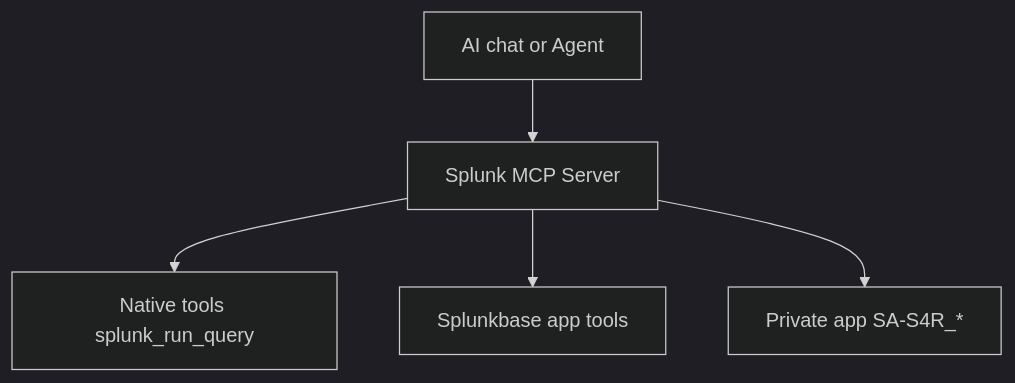
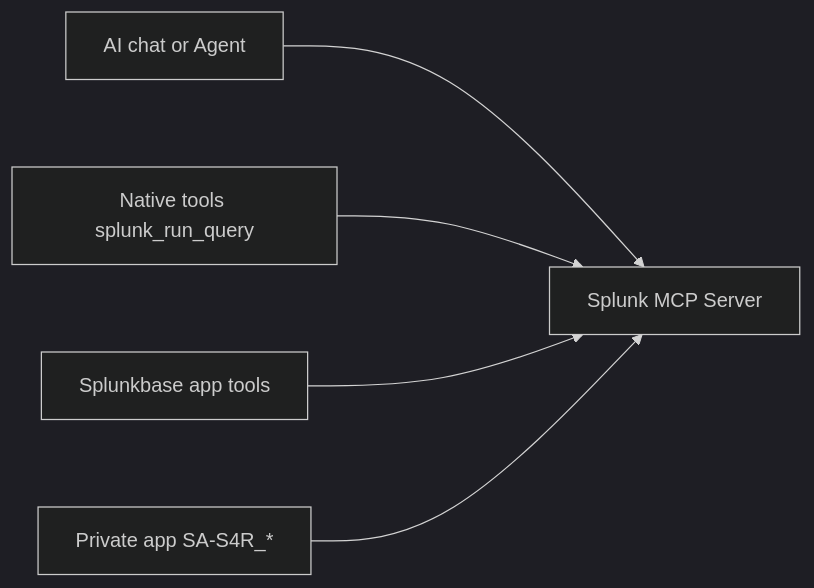
Before and after one commit to dd-Splunk/splunk-mcp: the first of 6 diagrams in demo-slides/s4r-demo-slides.md, drawn with Mermaid (dark theme). The commit also changed 1 other file, not shown here.

Commit message:
Redraw the Splunk MCP architecture slide left to right
All four arrows now point into the Splunk MCP Server node. Spacing is
widened so the diagram fills more of the slide.

```diff
--- a/demo-slides/s4r-demo-slides.md
+++ b/demo-slides/s4r-demo-slides.md
@@ -183,12 +183,13 @@
 <pre class="mermaid">
-flowchart TB
+%%{init: {'flowchart': {'nodeSpacing': 70, 'rankSpacing': 170}}}%%
+flowchart LR
   AI["AI chat or Agent"]
-  MCP["Splunk MCP Server"]
   NAT["Native tools splunk_run_query"]
   BASE["Splunkbase app tools"]
   PRIV["Private app SA-S4R_*"]
+  MCP["Splunk MCP Server"]
   AI --> MCP
-  MCP --> NAT
-  MCP --> BASE
-  MCP --> PRIV
+  NAT --> MCP
+  BASE --> MCP
+  PRIV --> MCP
 </pre>
```
